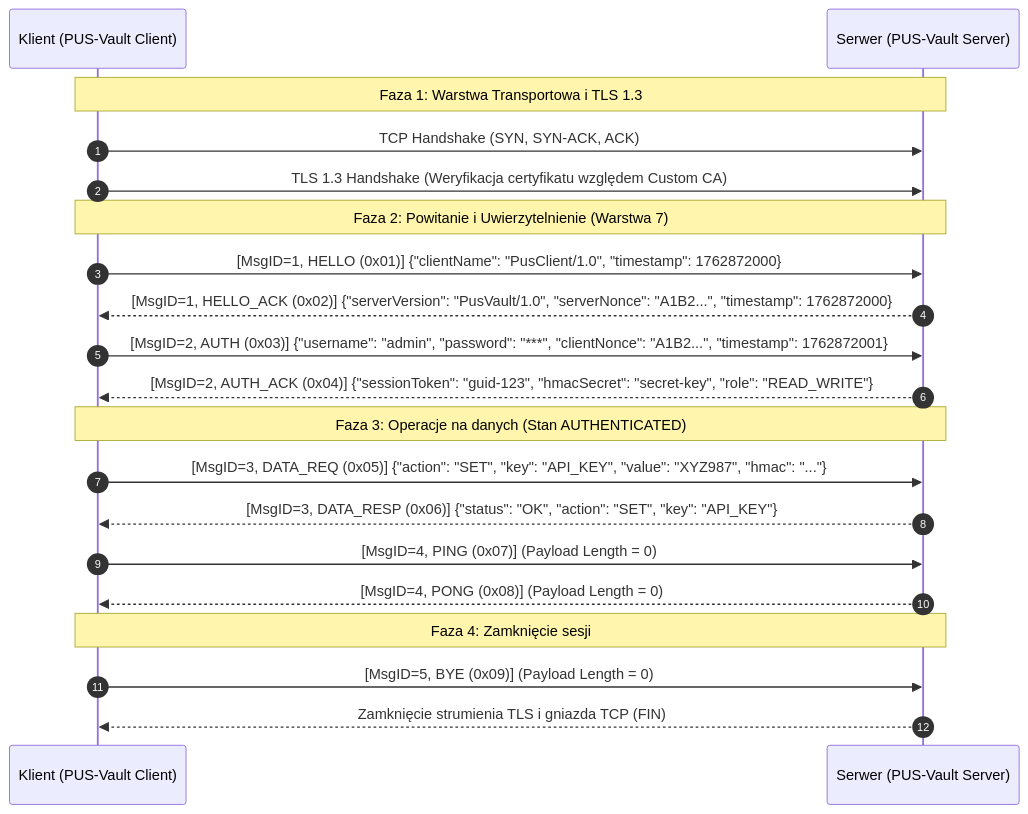
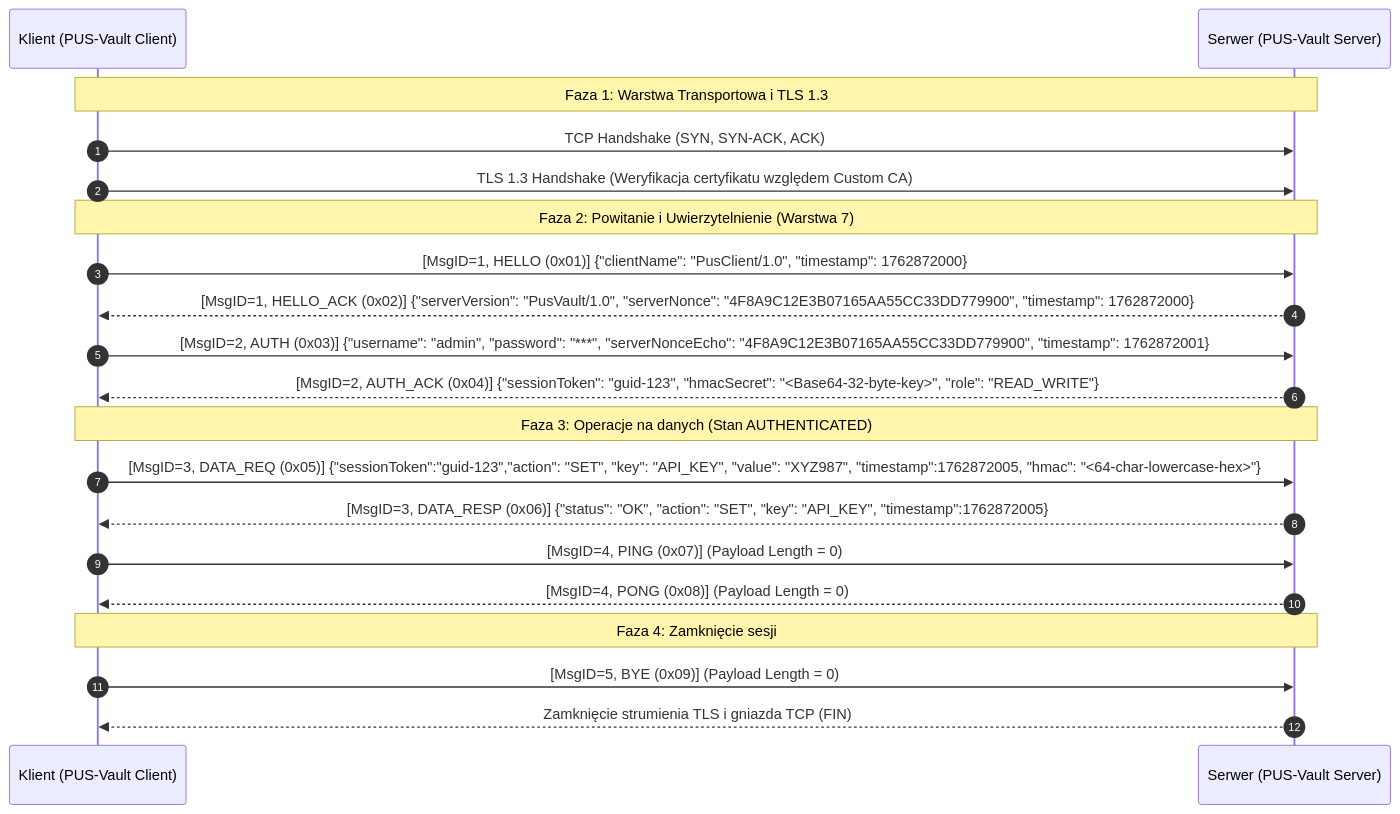
One commit to zephir-x/pk-pus changed the second of 3 diagrams in Assets/specyfikacja.md. Above: the diagram before and after it, drawn with Mermaid. The commit also changed other lines of this file and 2 other files, not shown here.

First line of the commit message:
docs(pus-vault): align MVP specifications

````diff
--- a/Assets/specyfikacja.md
+++ b/Assets/specyfikacja.md
@@ -215,28 +240,28 @@
 ```mermaid
 sequenceDiagram
     autonumber
     participant C as Klient (PUS-Vault Client)
     participant S as Serwer (PUS-Vault Server)
 
     Note over C,S: Faza 1: Warstwa Transportowa i TLS 1.3
     C->>S: TCP Handshake (SYN, SYN-ACK, ACK)
     C->>S: TLS 1.3 Handshake (Weryfikacja certyfikatu względem Custom CA)
     
     Note over C,S: Faza 2: Powitanie i Uwierzytelnienie (Warstwa 7)
     C->>S: [MsgID=1, HELLO (0x01)] {"clientName": "PusClient/1.0", "timestamp": 1762872000}
-    S-->>C: [MsgID=1, HELLO_ACK (0x02)] {"serverVersion": "PusVault/1.0", "serverNonce": "A1B2...", "timestamp": 1762872000}
+    S-->>C: [MsgID=1, HELLO_ACK (0x02)] {"serverVersion": "PusVault/1.0", "serverNonce": "4F8A9C12E3B07165AA55CC33DD779900", "timestamp": 1762872000}
     
-    C->>S: [MsgID=2, AUTH (0x03)] {"username": "admin", "password": "***", "clientNonce": "A1B2...", "timestamp": 1762872001}
-    S-->>C: [MsgID=2, AUTH_ACK (0x04)] {"sessionToken": "guid-123", "hmacSecret": "secret-key", "role": "READ_WRITE"}
+    C->>S: [MsgID=2, AUTH (0x03)] {"username": "admin", "password": "***", "serverNonceEcho": "4F8A9C12E3B07165AA55CC33DD779900", "timestamp": 1762872001}
+    S-->>C: [MsgID=2, AUTH_ACK (0x04)] {"sessionToken": "guid-123", "hmacSecret": "<Base64-32-byte-key>", "role": "READ_WRITE"}
     
     Note over C,S: Faza 3: Operacje na danych (Stan AUTHENTICATED)
-    C->>S: [MsgID=3, DATA_REQ (0x05)] {"action": "SET", "key": "API_KEY", "value": "XYZ987", "hmac": "..."}
-    S-->>C: [MsgID=3, DATA_RESP (0x06)] {"status": "OK", "action": "SET", "key": "API_KEY"}
+    C->>S: [MsgID=3, DATA_REQ (0x05)] {"sessionToken":"guid-123","action": "SET", "key": "API_KEY", "value": "XYZ987", "timestamp":1762872005, "hmac": "<64-char-lowercase-hex>"}
+    S-->>C: [MsgID=3, DATA_RESP (0x06)] {"status": "OK", "action": "SET", "key": "API_KEY", "timestamp":1762872005}
     
     C->>S: [MsgID=4, PING (0x07)] (Payload Length = 0)
     S-->>C: [MsgID=4, PONG (0x08)] (Payload Length = 0)
     
     Note over C,S: Faza 4: Zamknięcie sesji
     C->>S: [MsgID=5, BYE (0x09)] (Payload Length = 0)
     S-->>C: Zamknięcie strumienia TLS i gniazda TCP (FIN)
 ```
````
